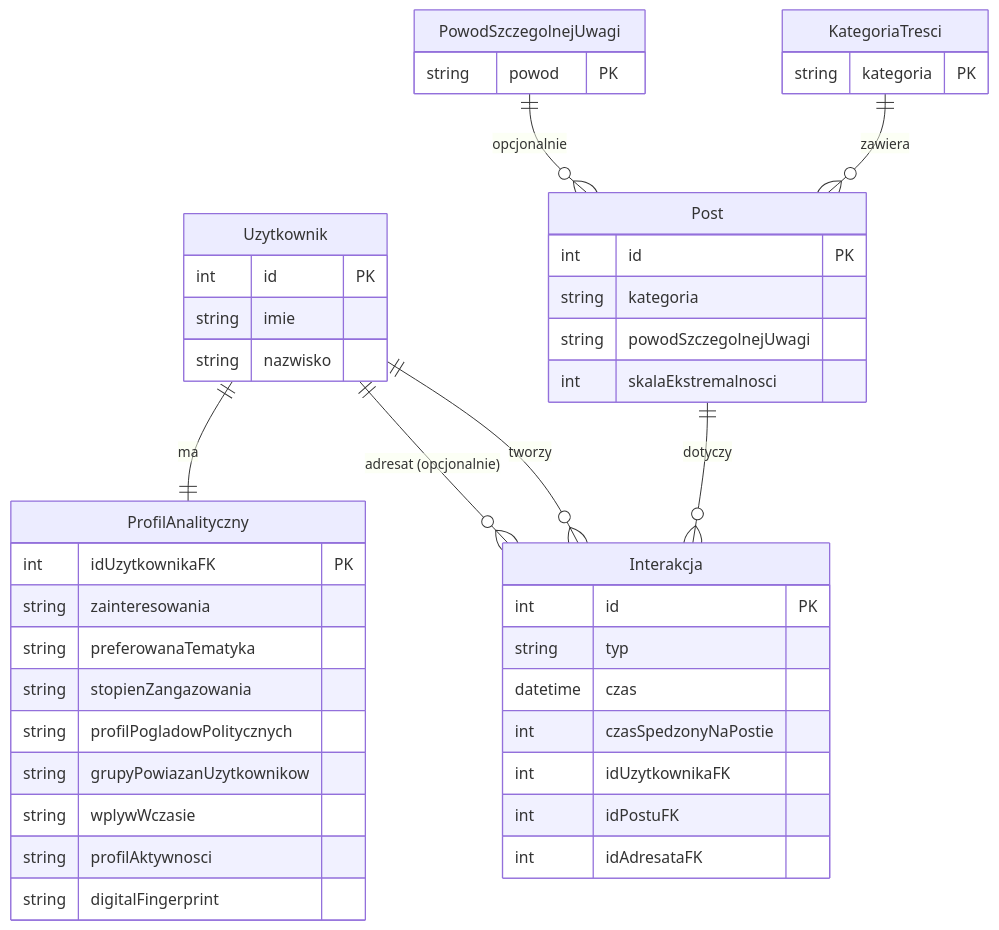
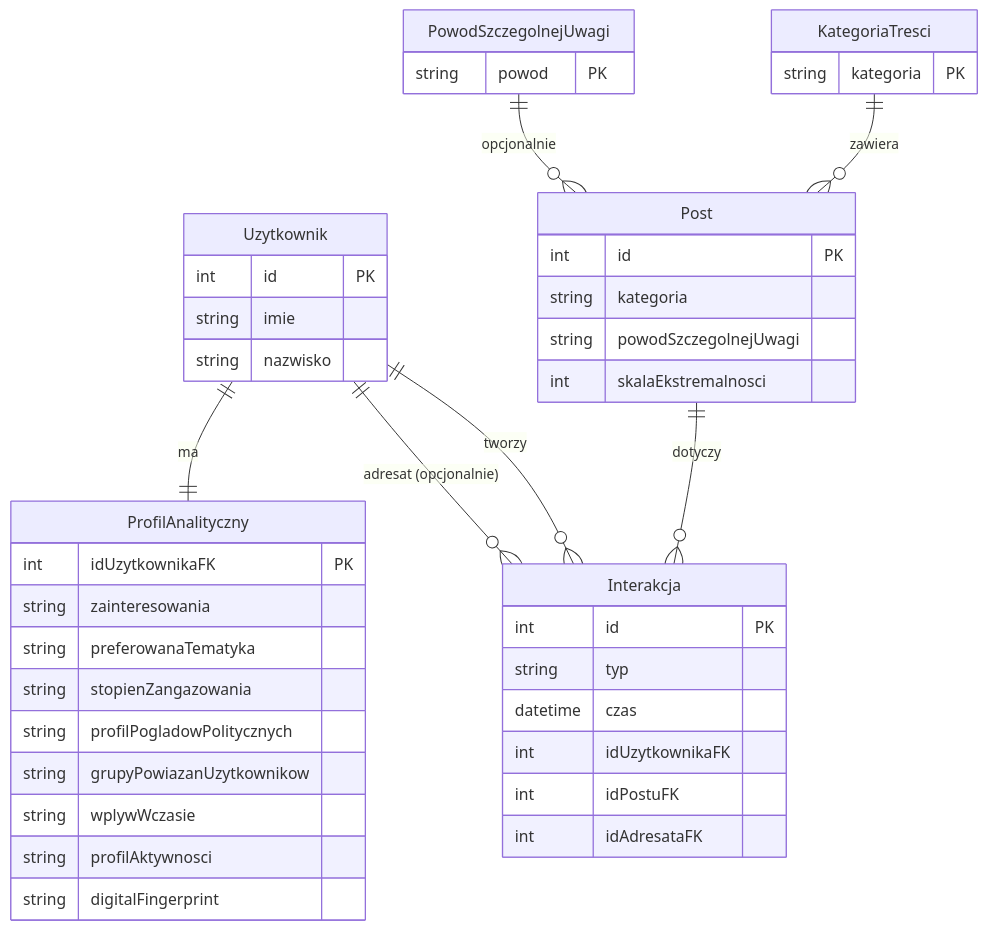
Before and after one commit to ambroz-D-1/bazy-projekt: the diagram in README.md, drawn with Mermaid. The commit also changed other lines of this file, not shown here.

````diff
--- a/README.md
+++ b/README.md
@@ -66,52 +58,51 @@
 ```mermaid
 erDiagram
   Uzytkownik {
     int id PK
     string imie
     string nazwisko
   }
 
   Post {
     int id PK
     string kategoria
     string powodSzczegolnejUwagi
     int skalaEkstremalnosci
   }
 
   Interakcja {
     int id PK
     string typ
     datetime czas
-    int czasSpedzonyNaPostie
     int idUzytkownikaFK
     int idPostuFK
     int idAdresataFK
   }
 
   ProfilAnalityczny {
     int idUzytkownikaFK PK
     string zainteresowania
     string preferowanaTematyka
     string stopienZangazowania
     string profilPogladowPolitycznych
     string grupyPowiazanUzytkownikow
     string wplywWczasie
     string profilAktywnosci
     string digitalFingerprint
   }
 
   KategoriaTresci {
     string kategoria PK
   }
 
   PowodSzczegolnejUwagi {
     string powod PK
   }
 
   KategoriaTresci ||--o{ Post : "zawiera"
   PowodSzczegolnejUwagi ||--o{ Post : "opcjonalnie"
   Uzytkownik ||--o{ Interakcja : "tworzy"
   Post ||--o{ Interakcja : "dotyczy"
   Uzytkownik ||--o{ Interakcja : "adresat (opcjonalnie)"
   Uzytkownik ||--|| ProfilAnalityczny : "ma"
 ```
````
